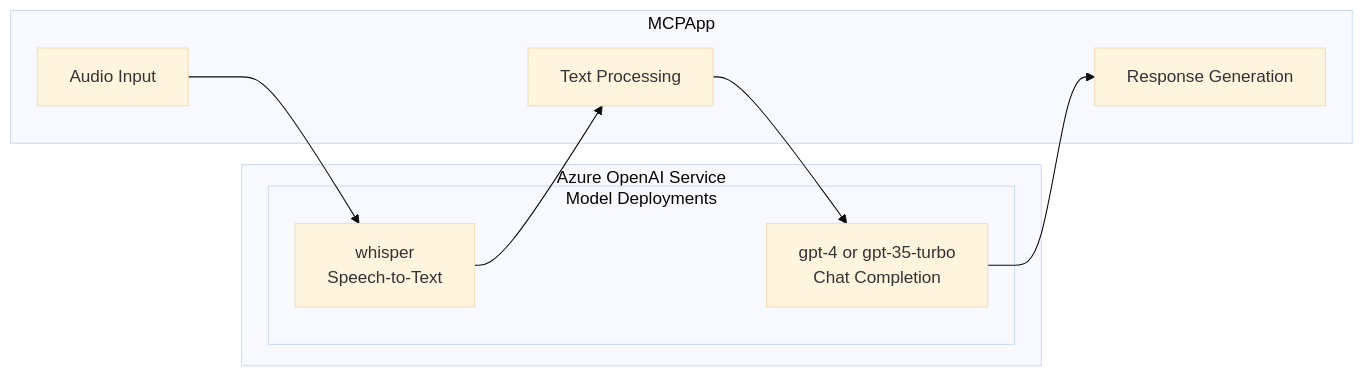
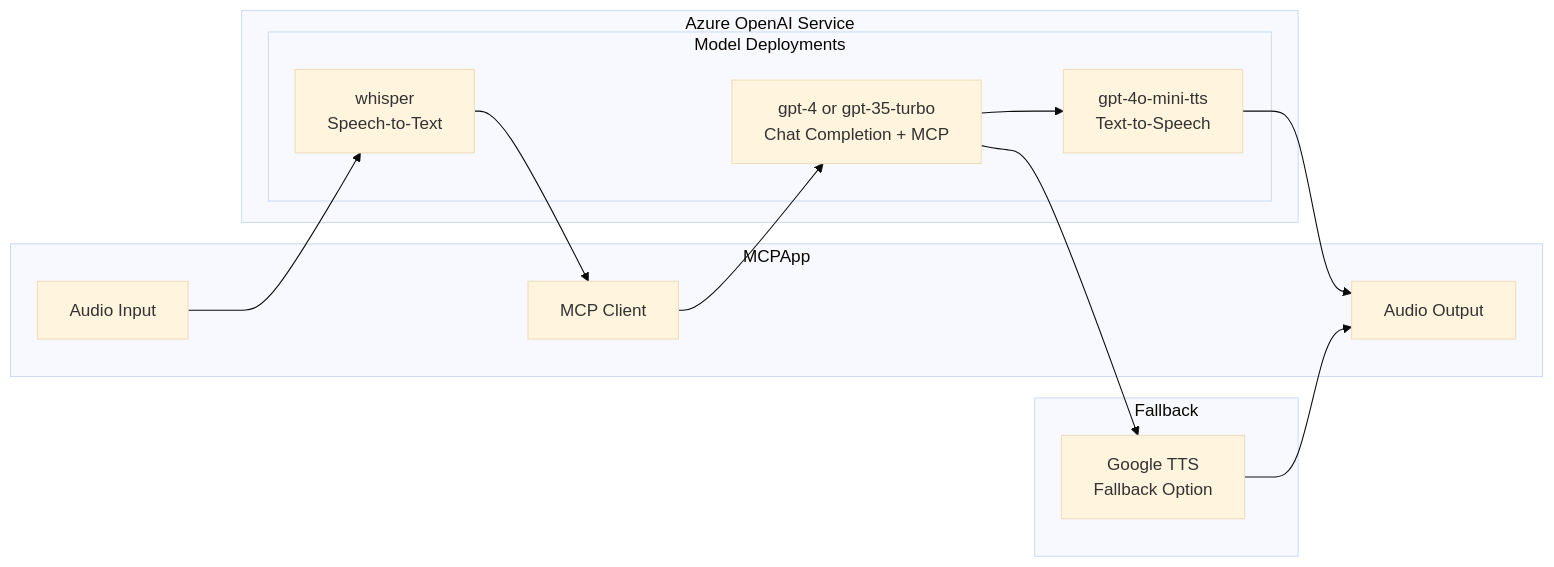
The second of 7 diagrams in docs/DEPLOYMENT_GUIDE.md (balakreshnan/mcpapp), drawn with Mermaid (base theme) before and after one commit. The commit also changed other lines of this file and 5 other files, not shown here.

Commit message:
Update documentation to reflect new Azure OpenAI TTS and enhanced MCP integration

````diff
--- a/docs/DEPLOYMENT_GUIDE.md
+++ b/docs/DEPLOYMENT_GUIDE.md
@@ -66,16 +70,24 @@
 ```mermaid
 graph LR
     subgraph "Azure OpenAI Service"
         subgraph "Model Deployments"
             Whisper[whisper<br/>Speech-to-Text]
-            GPT[gpt-4 or gpt-35-turbo<br/>Chat Completion]
+            GPT[gpt-4 or gpt-35-turbo<br/>Chat Completion + MCP]
+            TTS[gpt-4o-mini-tts<br/>Text-to-Speech]
         end
     end
     
     subgraph "MCPApp"
         AudioInput[Audio Input] --> Whisper
-        Whisper --> TextProcessing[Text Processing]
-        TextProcessing --> GPT
-        GPT --> ResponseGeneration[Response Generation]
+        Whisper --> MCPClient[MCP Client]
+        MCPClient --> GPT
+        GPT --> TTS
+        TTS --> AudioOutput[Audio Output]
+    end
+    
+    subgraph "Fallback"
+        GoogleTTS[Google TTS<br/>Fallback Option]
+        GPT --> GoogleTTS
+        GoogleTTS --> AudioOutput
     end
 ```
````
